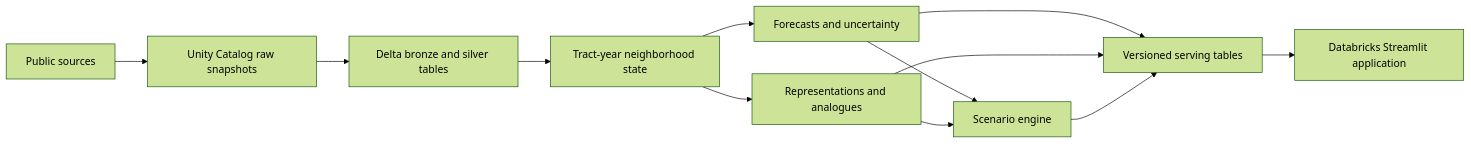
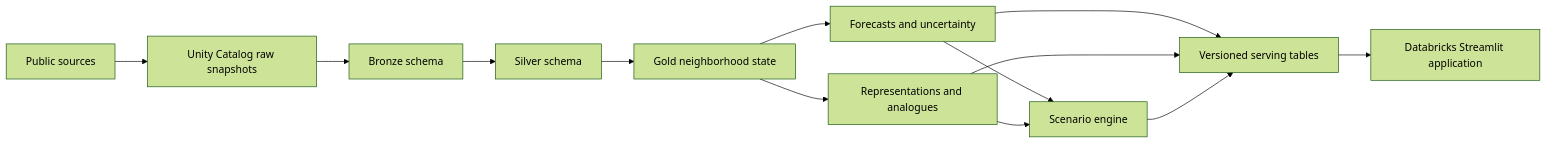
One commit to n-tamm/neighborhood-digital-twin changed the diagram in README.md. Above: the diagram before and after it, drawn with Mermaid (forest theme). The commit also changed other lines of this file and 42 other files, not shown here.

````diff
--- a/README.md
+++ b/README.md
@@ -41,14 +41,15 @@
 ```mermaid
 flowchart LR
     S[Public sources] --> B[Unity Catalog raw snapshots]
-    B --> C[Delta bronze and silver tables]
-    C --> G[Tract-year neighborhood state]
+    B --> C[Bronze schema]
+    C --> D[Silver schema]
+    D --> G[Gold neighborhood state]
     G --> F[Forecasts and uncertainty]
     G --> R[Representations and analogues]
     F --> X[Scenario engine]
     R --> X
     F --> P[Versioned serving tables]
     R --> P
     X --> P
     P --> A[Databricks Streamlit application]
 ```
````
